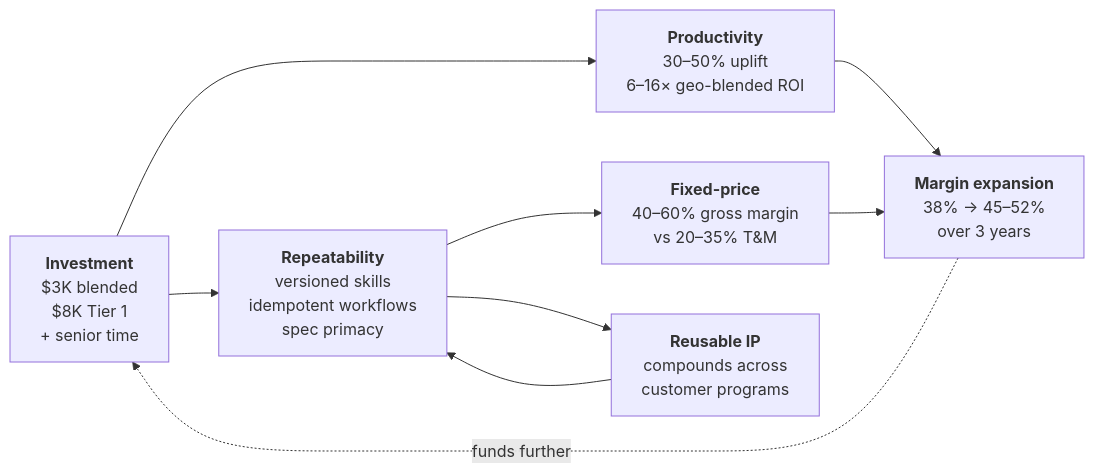
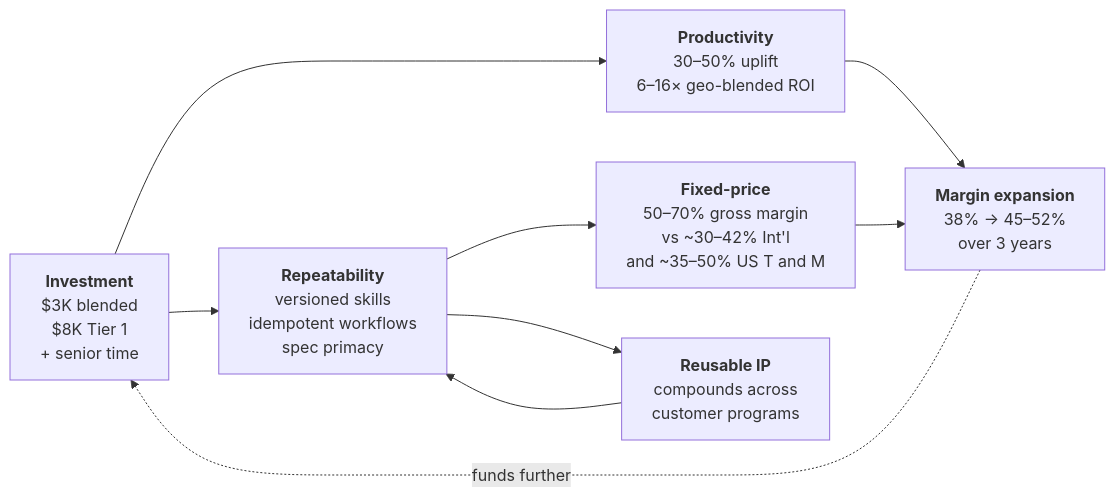
The second of 4 diagrams in agent-engineering-whitepaper.md (issamjadar-eng/PDLC_DEMO), drawn with Mermaid before and after one commit. The commit also changed other lines of this file and 2 other files, not shown here.

First line of the commit message:
task ben/034: six refinements — T&M numbers, Conductor diagram, soften language, strip provenance, compounding curve, assumptions

````diff
--- a/agent-engineering-whitepaper.md
+++ b/agent-engineering-whitepaper.md
@@ -858,18 +874,18 @@
 ```mermaid
 flowchart LR
     INV["<b>Investment</b><br/>$3K blended<br/>$8K Tier 1<br/>+ senior time"]
     PROD["<b>Productivity</b><br/>30–50% uplift<br/>6–16× geo-blended ROI"]
     REPEAT["<b>Repeatability</b><br/>versioned skills<br/>idempotent workflows<br/>spec primacy"]
-    FIXED["<b>Fixed-price</b><br/>40–60% gross margin<br/>vs 20–35% T&amp;M"]
+    FIXED["<b>Fixed-price</b><br/>50–70% gross margin<br/>vs ~30–42% Int'l<br/>and ~35–50% US T and M"]
     IP["<b>Reusable IP</b><br/>compounds across<br/>customer programs"]
     MARGIN["<b>Margin expansion</b><br/>38% → 45–52%<br/>over 3 years"]
 
     INV --> PROD
     INV --> REPEAT
     PROD --> MARGIN
     REPEAT --> FIXED
     REPEAT --> IP
     FIXED --> MARGIN
     IP --> REPEAT
     MARGIN -.->|funds further| INV
 ```
````
